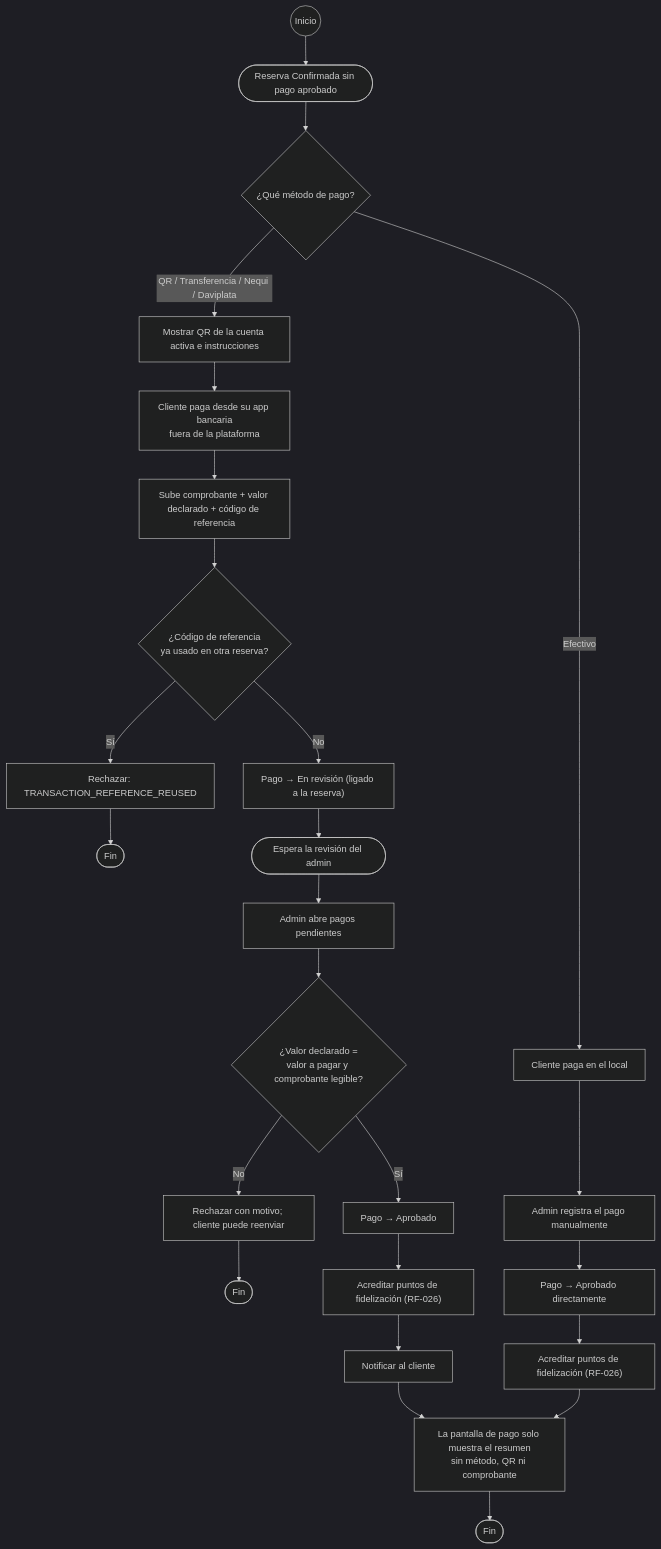
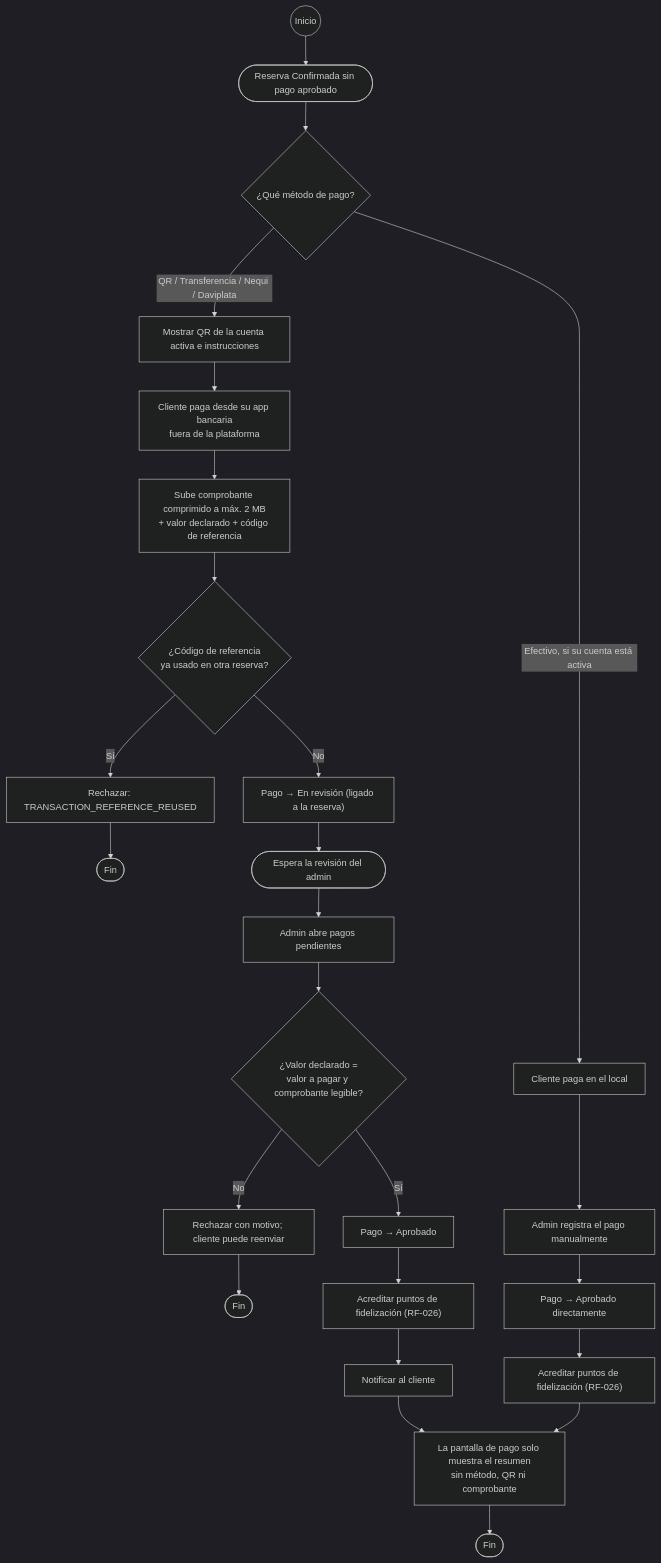
Diagram 18 of 26 in 02_DOCUMENTACION_DE_ANALISIS_DEL_SOFTWARE/ES/MD/documentacion-de-analisis-del-software.md (BrayanCABRERA123/lavarapido-docs), drawn with Mermaid (dark theme) before and after one commit. The commit also changed other lines of this file, not shown here.

````diff
--- a/02_DOCUMENTACION_DE_ANALISIS_DEL_SOFTWARE/ES/MD/documentacion-de-analisis-del-software.md
+++ b/02_DOCUMENTACION_DE_ANALISIS_DEL_SOFTWARE/ES/MD/documentacion-de-analisis-del-software.md
@@ -748,30 +766,30 @@
 ```mermaid
 flowchart TD
     start0((Inicio)) --> start
     start([Reserva Confirmada sin pago aprobado]) --> method{¿Qué método de pago?}
 
     method -->|QR / Transferencia / Nequi / Daviplata| showqr[Mostrar QR de la cuenta activa e instrucciones]
     showqr --> extpay[Cliente paga desde su app bancaria<br/>fuera de la plataforma]
-    extpay --> upload[Sube comprobante + valor declarado + código de referencia]
+    extpay --> upload[Sube comprobante comprimido a máx. 2 MB<br/>+ valor declarado + código de referencia]
     upload --> dup{¿Código de referencia<br/>ya usado en otra reserva?}
     dup -->|Sí| rejectref[Rechazar: TRANSACTION_REFERENCE_REUSED]
     rejectref --> stop1([Fin])
     dup -->|No| inreview["Pago → En revisión (ligado a la reserva)"]
     inreview --> waitadm([Espera la revisión del admin])
 
-    method -->|Efectivo| cash[Cliente paga en el local]
+    method -->|Efectivo, si su cuenta está activa| cash[Cliente paga en el local]
     cash --> register[Admin registra el pago manualmente]
     register --> approved1["Pago → Aprobado directamente"]
     approved1 --> points1["Acreditar puntos de fidelización (RF-026)"]
     points1 --> lockui
 
     waitadm --> review[Admin abre pagos pendientes]
     review --> compare{¿Valor declarado =<br/>valor a pagar y comprobante legible?}
     compare -->|No| reject[Rechazar con motivo; cliente puede reenviar]
     reject --> stop4([Fin])
     compare -->|Sí| approve["Pago → Aprobado"]
     approve --> points2["Acreditar puntos de fidelización (RF-026)"]
     points2 --> notifyc[Notificar al cliente]
     notifyc --> lockui[La pantalla de pago solo muestra el resumen<br/>sin método, QR ni comprobante]
     lockui --> stop5([Fin])
 ```
````
